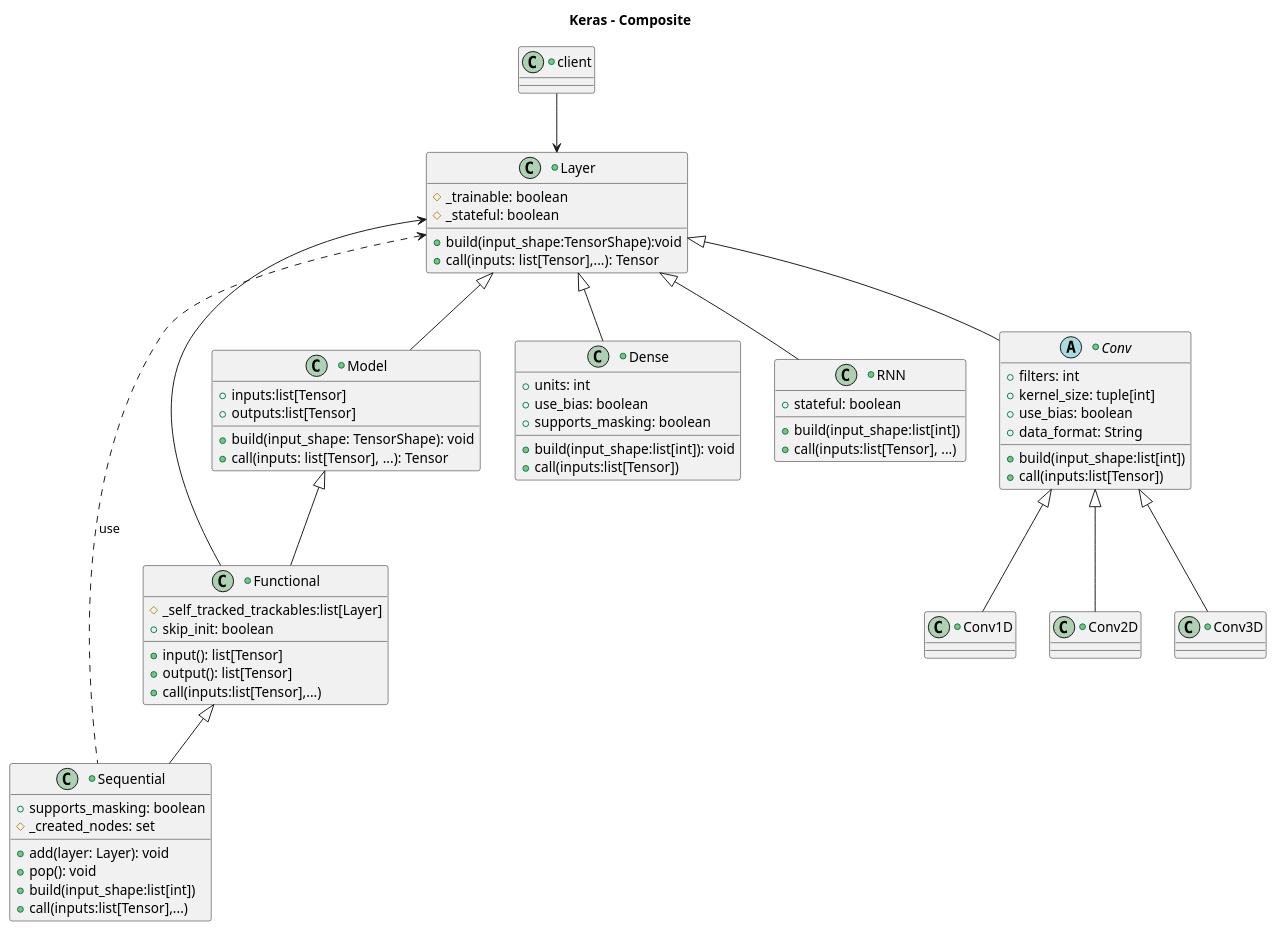
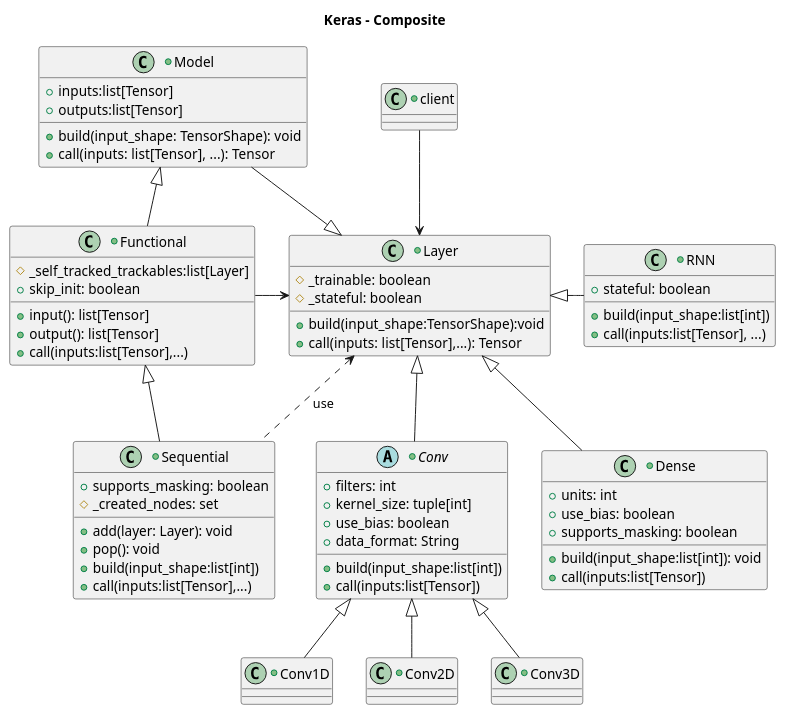
One commit to pholpaphankorn/keras_softarch_assignment changed the diagram in uml_diagram/src/keras_Composite_lite.puml. Above: the diagram before and after it, drawn with PlantUML. The commit also changed 1 other file, not shown here.

```diff
--- a/uml_diagram/src/keras_Composite_lite.puml
+++ b/uml_diagram/src/keras_Composite_lite.puml
@@ -1,77 +1,82 @@
 @startuml
 
 title Keras - Composite
 
 +class Layer {
     +build(input_shape:TensorShape):void
     +call(inputs: list[Tensor],...): Tensor
     #_trainable: boolean
     #_stateful: boolean
 } 
 
-+class Model extends Layer{
++class Model {
     +build(input_shape: TensorShape): void
     +call(inputs: list[Tensor], ...): Tensor
     +inputs:list[Tensor]
     +outputs:list[Tensor]
 }
 
 +class Dense extends Layer {
     +build(input_shape:list[int]): void
     +call(inputs:list[Tensor])
     +units: int
     +use_bias: boolean
     +supports_masking: boolean
 }
 
-+class RNN extends Layer {
++class RNN {
     +build(input_shape:list[int])
     +call(inputs:list[Tensor], ...)
     +stateful: boolean
 }
 +class client{
 
 }
-+abstract class Conv extends Layer {
++abstract class Conv {
     +build(input_shape:list[int])
     +call(inputs:list[Tensor])
     +filters: int
     +kernel_size: tuple[int]
     +use_bias: boolean
     +data_format: String
 }
 +class Conv1D extends Conv{
     
 }
 +class Conv2D extends Conv{
 
 }
 +class Conv3D extends Conv{
     
 }
 
-+class Functional extends Model {
++class Functional {
     #_self_tracked_trackables:list[Layer]
     +input(): list[Tensor]
     +output(): list[Tensor]
     +call(inputs:list[Tensor],...)
     +skip_init: boolean
 }
 
 +class Sequential extends Functional {
     +add(layer: Layer): void
     +pop(): void
     +build(input_shape:list[int])
     +call(inputs:list[Tensor],...)
     +supports_masking: boolean
     #_created_nodes: set
 
 }
 
 Sequential .left.> Layer : use
-Functional -left-> Layer
+Functional -right-> Layer
+Functional -up-|> Model
+Model -right-|> Layer
 client --> Layer
+Conv -up-|> Layer
+RNN -left-|> Layer
+
 
 
 
 @enduml
```
